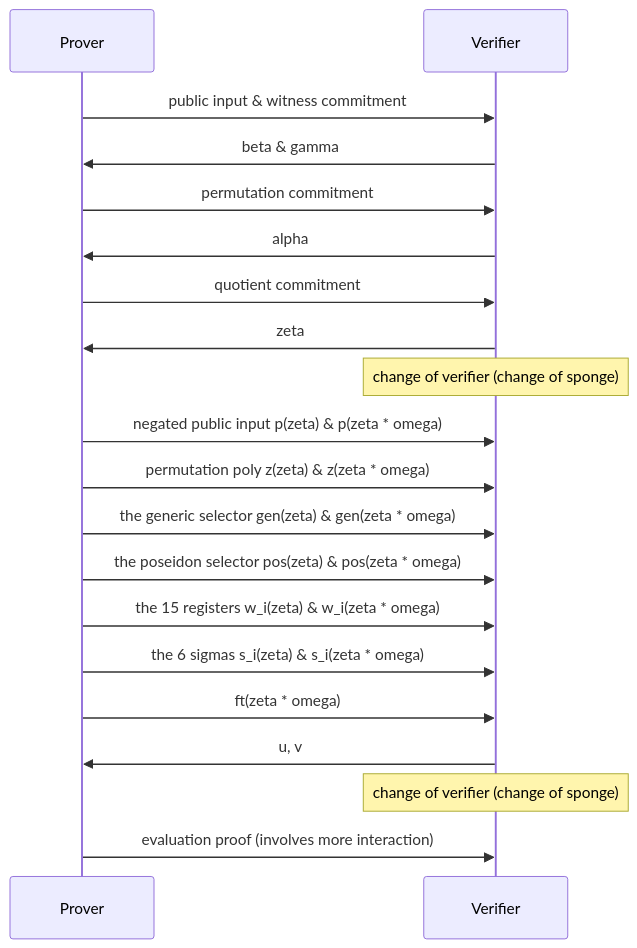
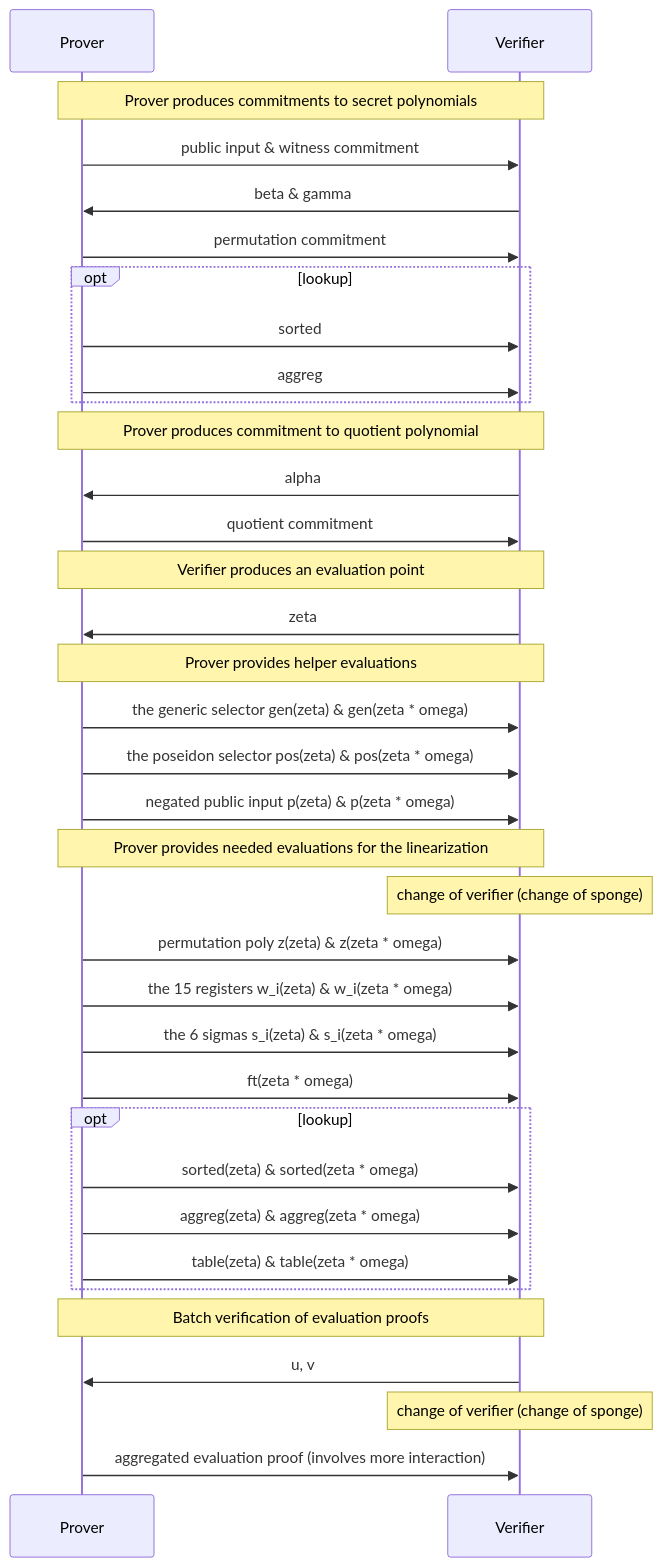
One commit to o1-labs/proof-systems changed the diagram in book/specifications/kimchi/template.md. Above: the diagram before and after it, drawn with Mermaid. The commit also changed other lines of this file and 1 other file, not shown here.

Commit message:
[specs][kimchi] update protocol diagram

````diff
--- a/book/specifications/kimchi/template.md
+++ b/book/specifications/kimchi/template.md
@@ -272,22 +272,56 @@
 ```mermaid
 sequenceDiagram
     participant Prover
     participant Verifier
+
+    Note over Prover,Verifier: Prover produces commitments to secret polynomials
+
     Prover->>Verifier: public input & witness commitment
+
     Verifier->>Prover: beta & gamma
     Prover->>Verifier: permutation commitment
+
+    opt lookup
+        Prover->>Verifier: sorted
+        Prover->>Verifier: aggreg
+    end
+
+    Note over Prover,Verifier: Prover produces commitment to quotient polynomial
+
     Verifier->>Prover: alpha
     Prover->>Verifier: quotient commitment
+
+    Note over Prover,Verifier: Verifier produces an evaluation point
+
     Verifier->>Prover: zeta
-    Note over Verifier: change of verifier (change of sponge)
-    Prover->>Verifier: negated public input p(zeta) & p(zeta * omega)
-    Prover->>Verifier: permutation poly z(zeta) & z(zeta * omega)
+
+    Note over Prover,Verifier: Prover provides helper evaluations
+
     Prover->>Verifier: the generic selector gen(zeta) & gen(zeta * omega)
     Prover->>Verifier: the poseidon selector pos(zeta) & pos(zeta * omega)
+    Prover->>Verifier: negated public input p(zeta) & p(zeta * omega)
+
+    Note over Prover,Verifier: Prover provides needed evaluations for the linearization
+
+    Note over Verifier: change of verifier (change of sponge)
+
+    Prover->>Verifier: permutation poly z(zeta) & z(zeta * omega)
     Prover->>Verifier: the 15 registers w_i(zeta) & w_i(zeta * omega)
     Prover->>Verifier: the 6 sigmas s_i(zeta) & s_i(zeta * omega)
+
     Prover->>Verifier: ft(zeta * omega)
+
+    opt lookup
+        Prover->>Verifier: sorted(zeta) & sorted(zeta * omega)
+        Prover->>Verifier: aggreg(zeta) & aggreg(zeta * omega)
+        Prover->>Verifier: table(zeta) & table(zeta * omega)
+    end
+
+    Note over Prover,Verifier: Batch verification of evaluation proofs
+
     Verifier->>Prover: u, v
+
     Note over Verifier: change of verifier (change of sponge)
-    Prover->>Verifier: evaluation proof (involves more interaction)
+
+    Prover->>Verifier: aggregated evaluation proof (involves more interaction)
 ```
````
